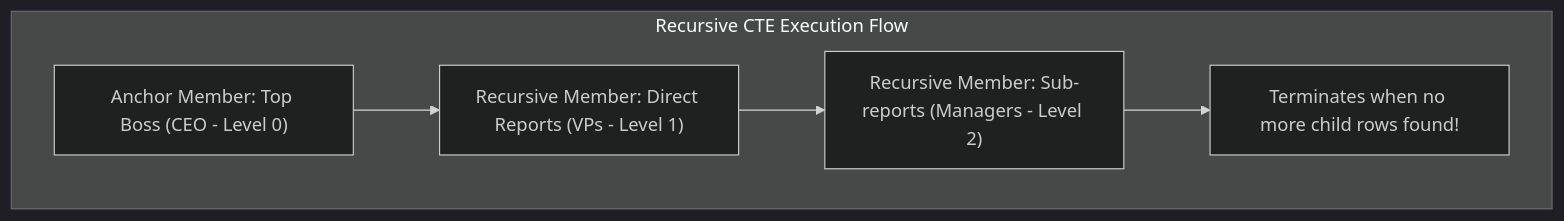
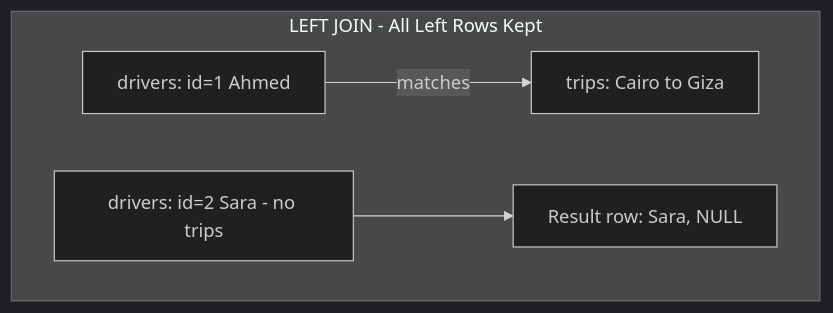
Before and after one commit to muhammad-khaled-tech/My-Study-Notes: the tenth of 48 diagrams in interviews/SQL-NoSQL-Complete.md, drawn with Mermaid (dark theme). The commit also changed other lines of this file and 3 other files, not shown here.

````diff
--- a/interviews/SQL-NoSQL-Complete.md
+++ b/interviews/SQL-NoSQL-Complete.md
@@ -1133,8 +599,7 @@
 ```mermaid
 graph TD
-    subgraph "Recursive CTE Execution Flow"
-        A["Anchor Member: Top Boss (CEO - Level 0)"] --> B["Recursive Member: Direct Reports (VPs - Level 1)"]
-        B --> C["Recursive Member: Sub-reports (Managers - Level 2)"]
-        C --> D["Terminates when no more child rows found!"]
+    subgraph "LEFT JOIN - All Left Rows Kept"
+        A["drivers: id=1 Ahmed"] -->|matches| B["trips: Cairo to Giza"]
+        C["drivers: id=2 Sara - no trips"] --> D["Result row: Sara, NULL"]
     end
 ```
````
